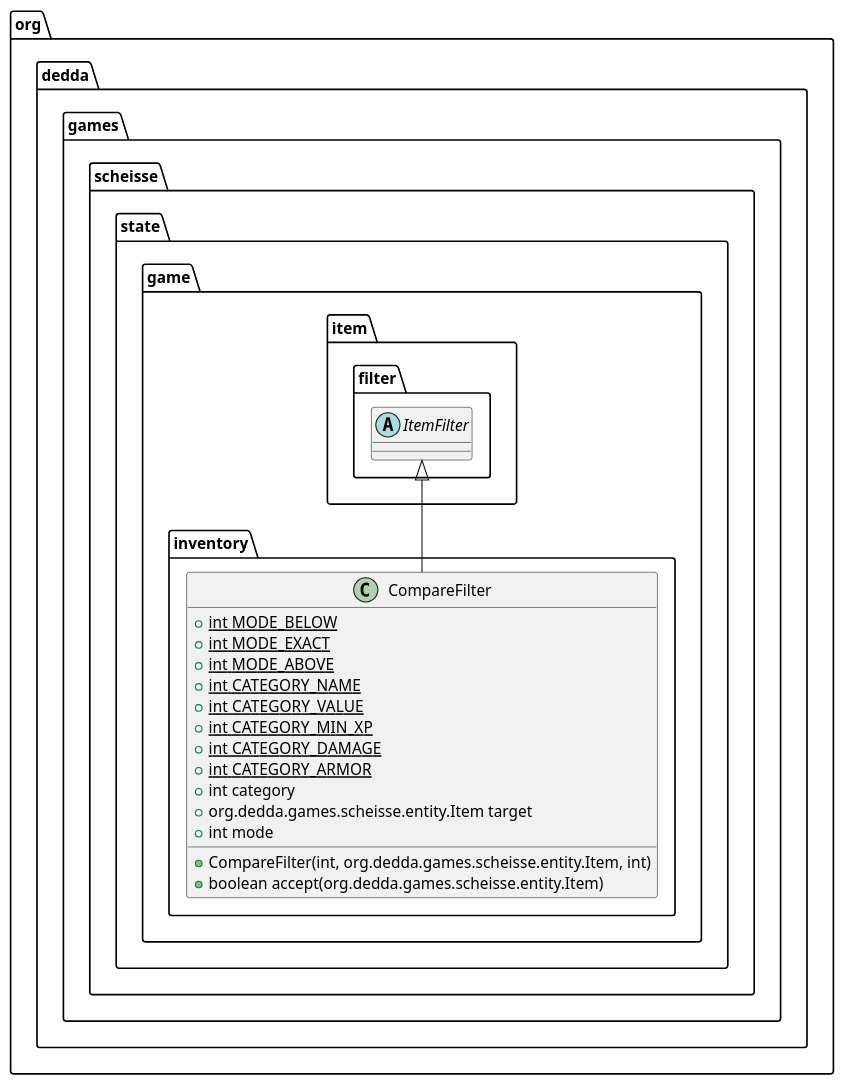
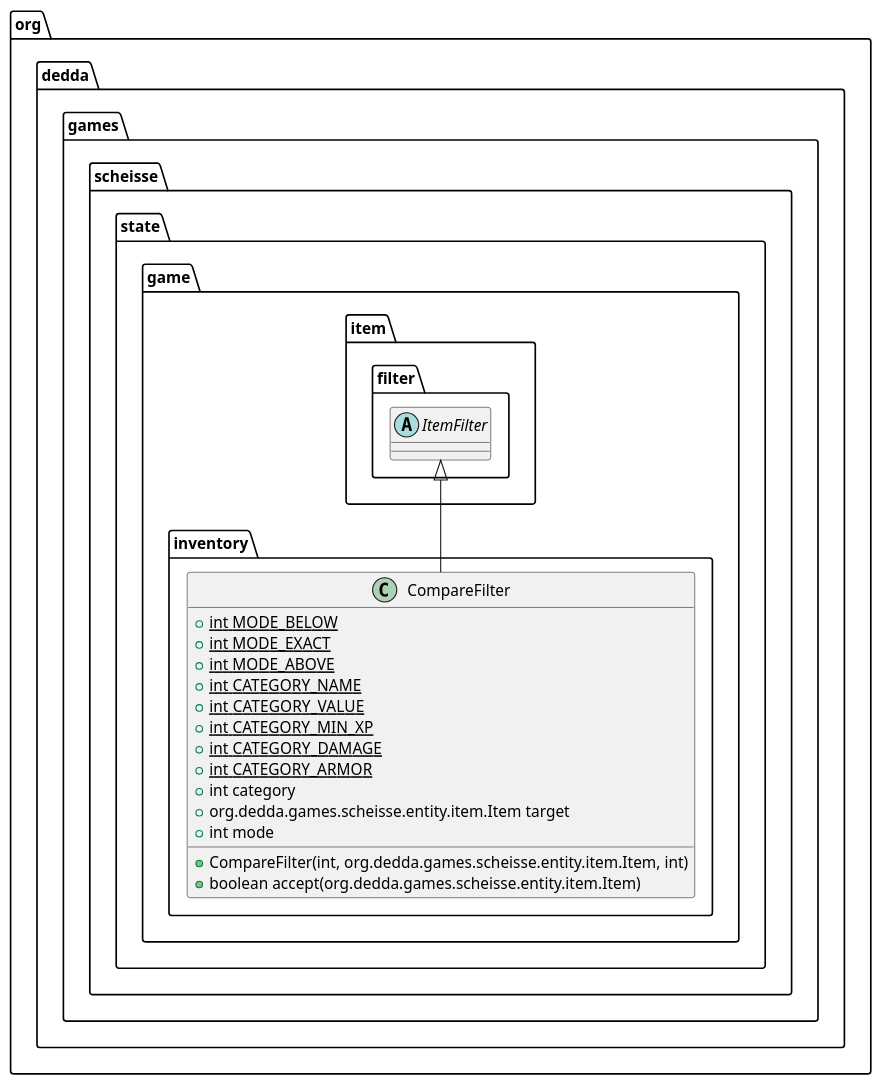
The diagram in game/uml/classes/org.dedda.games.scheisse.state.game.inventory.CompareFilter.puml (gitter-badger/scheisse), drawn with PlantUML before and after one commit. The commit also changed 35 other files, not shown here.

```diff
--- a/game/uml/classes/org.dedda.games.scheisse.state.game.inventory.CompareFilter.puml
+++ b/game/uml/classes/org.dedda.games.scheisse.state.game.inventory.CompareFilter.puml
@@ -1,21 +1,21 @@
 @startuml
 abstract class org.dedda.games.scheisse.state.game.item.filter.ItemFilter
 
 class org.dedda.games.scheisse.state.game.inventory.CompareFilter{
     + {static} int MODE_BELOW
     + {static} int MODE_EXACT
     + {static} int MODE_ABOVE
     + {static} int CATEGORY_NAME
     + {static} int CATEGORY_VALUE
     + {static} int CATEGORY_MIN_XP
     + {static} int CATEGORY_DAMAGE
     + {static} int CATEGORY_ARMOR
     + int category
-    + org.dedda.games.scheisse.entity.Item target
+    + org.dedda.games.scheisse.entity.item.Item target
     + int mode
-    + CompareFilter(int, org.dedda.games.scheisse.entity.Item, int)
-    + boolean accept(org.dedda.games.scheisse.entity.Item)
+    + CompareFilter(int, org.dedda.games.scheisse.entity.item.Item, int)
+    + boolean accept(org.dedda.games.scheisse.entity.item.Item)
 }
 
 org.dedda.games.scheisse.state.game.item.filter.ItemFilter <|-- org.dedda.games.scheisse.state.game.inventory.CompareFilter
 @enduml
```
